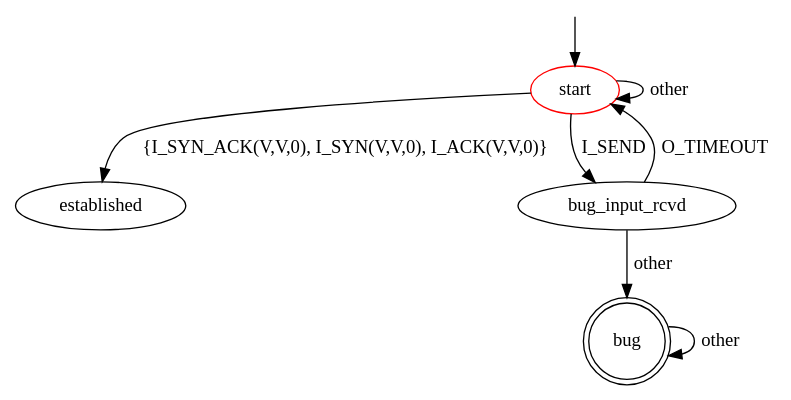
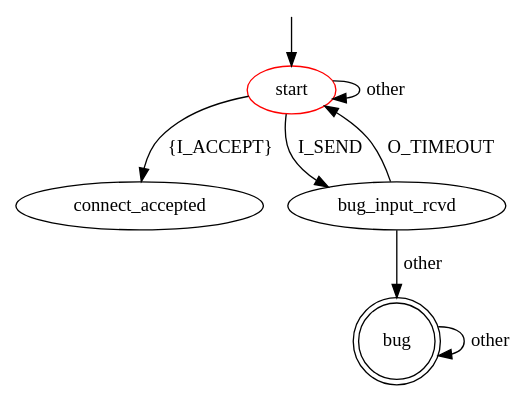
One commit to assist-project/state-machine-bug-finder changed the diagram in src/main/resources/patterns/tcp/server/errorr_response_to_send_when_connection_not_exit.dot. Above: the diagram before and after it, drawn with Graphviz. The commit also changed 13 other files, not shown here.

```diff
--- a/src/main/resources/patterns/tcp/server/errorr_response_to_send_when_connection_not_exit.dot
+++ b/src/main/resources/patterns/tcp/server/errorr_response_to_send_when_connection_not_exit.dot
@@ -1,16 +1,16 @@
 digraph G {
 label=""
 start [color="red"]
 bug [shape="doublecircle"]
 
-start -> established [label="{I_SYN_ACK(V,V,0), I_SYN(V,V,0), I_ACK(V,V,0)}"]
+start -> connect_accepted [label="{I_ACCEPT}"]
 start -> start [label="other"]
 start -> bug_input_rcvd [label="I_SEND"]
 bug_input_rcvd -> start [label="O_TIMEOUT"]
 bug_input_rcvd -> bug [label="other"]
 
 bug -> bug [label="other"]
 
 __start0 [label="" shape="none" width="0" height="0"];
 __start0 -> start;
 }
```
